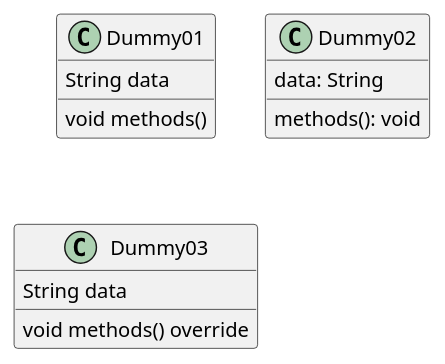
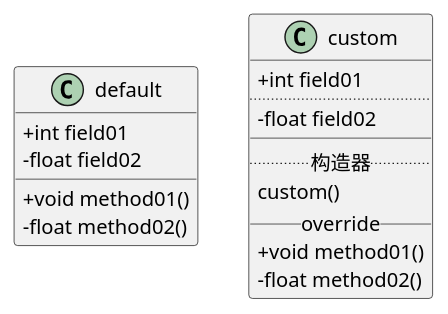
The diagram in samples/plantuml/class.puml (Document-Collection/image-processing), drawn with PlantUML before and after one commit. The commit also changed 2 other files, not shown here.

Commit message:
docs(plantuml): 自定义分隔符

```diff
--- a/samples/plantuml/class.puml
+++ b/samples/plantuml/class.puml
@@ -1,58 +1,81 @@
 @startuml
 skinparam classAttributeIconSize 0
 
 ' class Dummy {
 '     String data
 '     void methods()  
 ' }
 
 ' class Flight {
 '     +flightNumber: Integer
 '     -departureTime: Data
     
 '     # hahah(): void
 ' }
 
 ' ' 泛化 空心三角形+实线
 ' Class01 <|-- Class02
 ' ' 实现 空心三角形+虚线
 ' Class03 <|.. Class04
 ' ' 组合 实心菱形+实线
 ' Class05 *-- Class06
 ' ' 聚合 空心菱形+实线
 ' Class07 o-- Class08
 ' ' 关联 箭头+实线
 ' Class09 <-- Class10
 ' ' 依赖 箭头+虚线
 ' Class11 <.. Class12
 
 ' namespaceA.Class01 <|-- namespaceB.Class02
 
 ' class Dummy {
 '     {static} String id
 '     {abstract} void methods()
 '     {static} virtual void hi() override
 ' }
 
 ' Class01 "1" *-- "many" Class02 : contains
 
 ' Class03 o-- Class04 : aggregation
 
 ' Class05 --> "1" Class06
 
-class Dummy01 {
-    String data
-    void methods()
+' class Dummy01 {
+'     String data
+'     void methods()
+' }
+
+' class Dummy02 {
+'     data: String
+'     methods(): void
+' }
+
+' class Dummy03 {
+'     String data
+'     void methods() override
+' }
+
+class default {
+    + int field01
+    - float field02
+
+    + void method01()
+    - float method02()
 }
 
-class Dummy02 {
-    data: String
-    methods(): void
-}
-
-class Dummy03 {
-    String data
-    void methods() override
+class custom {
+    + int field01
+    ' 两格点号表示虚线
+    ..
+    - float field02
+    ' 两格下划线表示实线
+    __
+    ' 可以在线段中间添加文字
+    .. 构造器 ..
+    custom()
+    __ override __
+    + void method01()
+    - float method02()
 }
 
 @enduml
```
